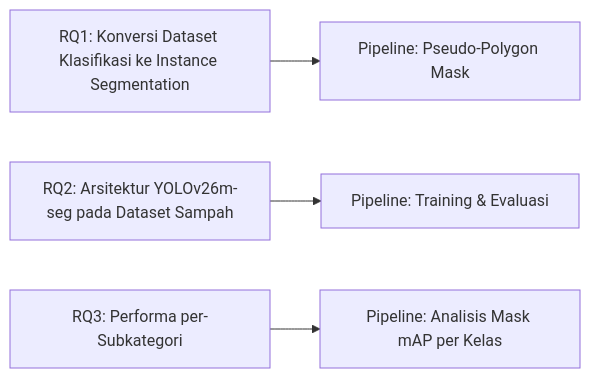
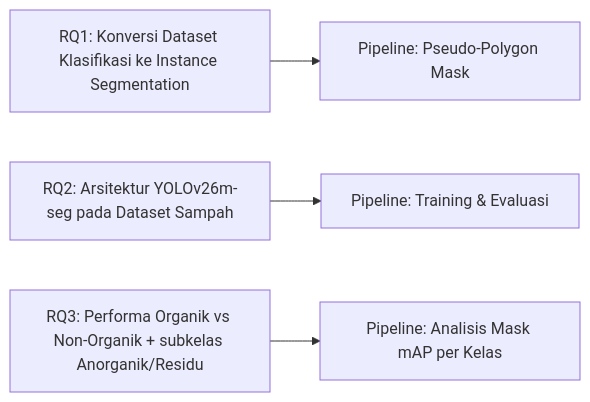
The second of 3 diagrams in proposalPaper/BAB I.md (aryaw/SmartBin), drawn with Mermaid before and after one commit. The commit also changed other lines of this file and 18 other files, not shown here.

````diff
--- a/proposalPaper/BAB I.md
+++ b/proposalPaper/BAB I.md
@@ -28,6 +32,6 @@
 ```mermaid
 flowchart LR
     Q1[RQ1: Konversi Dataset Klasifikasi ke Instance Segmentation] --> P1[Pipeline: Pseudo-Polygon Mask]
     Q2[RQ2: Arsitektur YOLOv26m-seg pada Dataset Sampah] --> P2[Pipeline: Training & Evaluasi]
-    Q3[RQ3: Performa per-Subkategori] --> P3[Pipeline: Analisis Mask mAP per Kelas]
+    Q3[RQ3: Performa Organik vs Non-Organik + subkelas Anorganik/Residu] --> P3[Pipeline: Analisis Mask mAP per Kelas]
 ```
````
